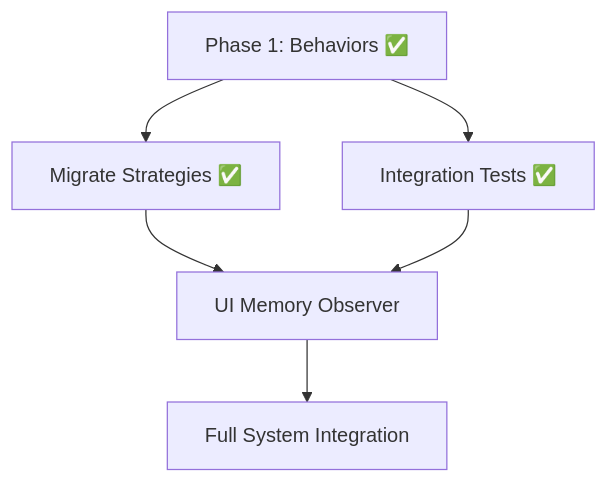
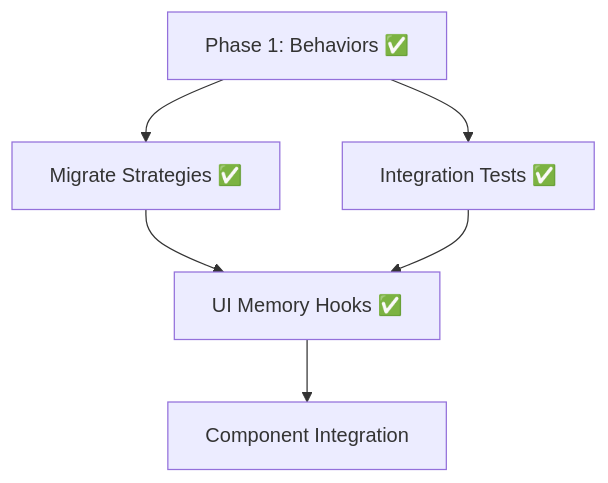
The diagram in docs/runtime-project/next-steps.md (SergeiGolos/wod-wiki), drawn with Mermaid before and after one commit. The commit also changed other lines of this file and 6 other files, not shown here.

Commit message:
feat: Complete Phase 2 of Runtime Behavior System with UI Hooks, deprecate legacy behaviors, and enhance documentation

````diff
--- a/docs/runtime-project/next-steps.md
+++ b/docs/runtime-project/next-steps.md
@@ -89,8 +105,8 @@
 ```mermaid
 graph TD
     A[Phase 1: Behaviors ✅] --> B[Migrate Strategies ✅]
     A --> C[Integration Tests ✅]
-    B --> D[UI Memory Observer]
+    B --> D[UI Memory Hooks ✅]
     C --> D
-    D --> E[Full System Integration]
+    D --> E[Component Integration]
 ```
````
